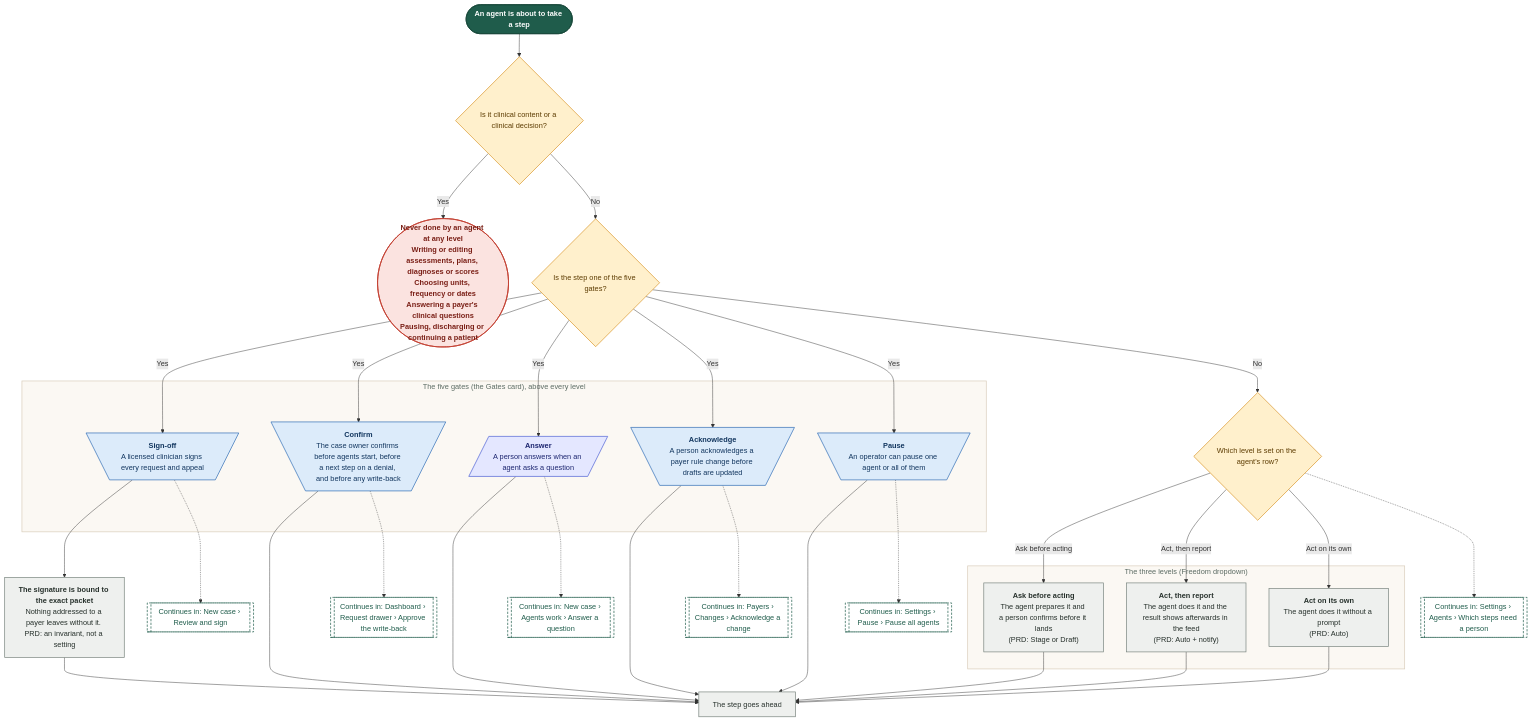
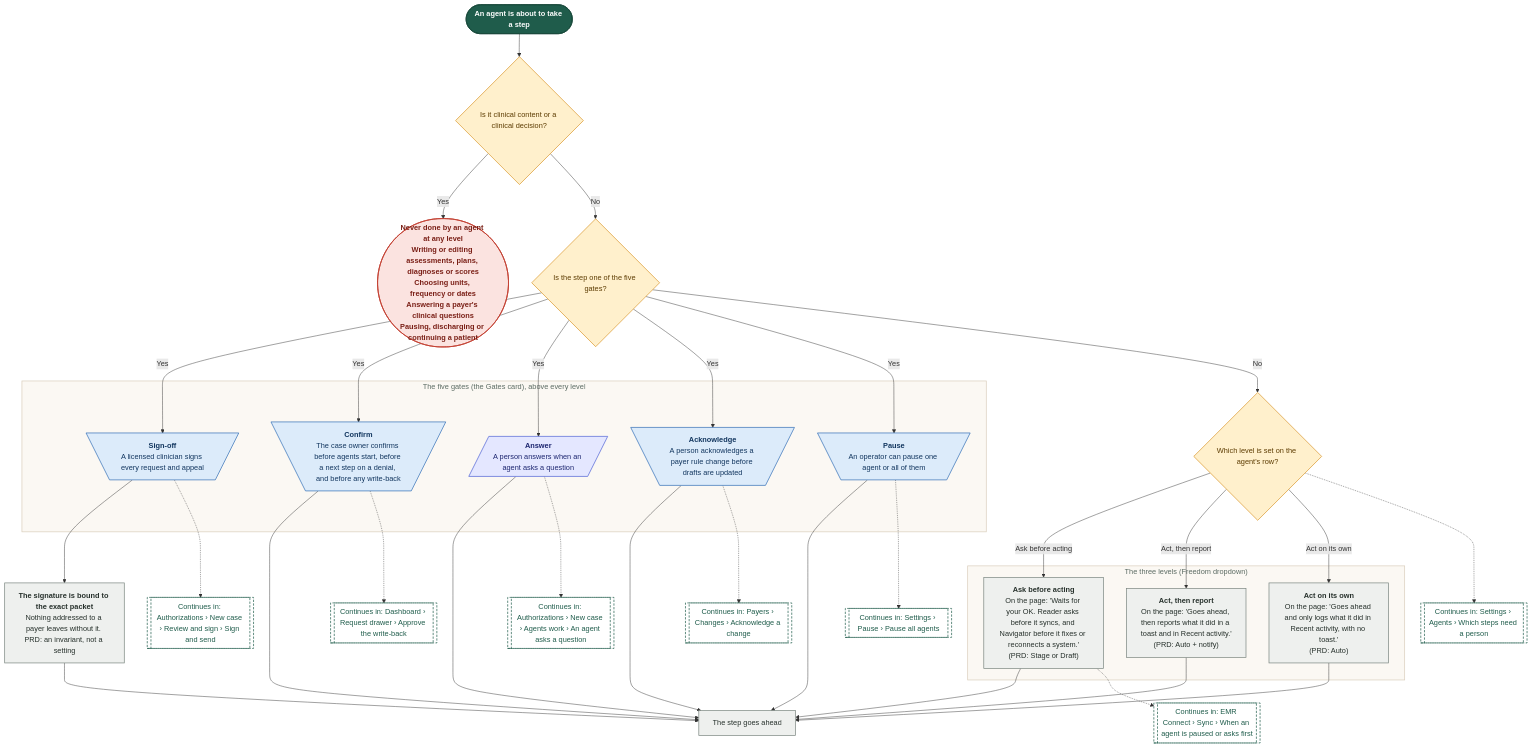
One commit to Shrav143/psyfloapp changed the third of 10 diagrams in demos/prior-auth-demo/workflows/out/md/11-settings.md. Above: the diagram before and after it, drawn with Mermaid. The commit also changed other lines of this file and 195 other files, not shown here.

First line of the commit message:
docs: Rebuild workflow diagrams after the demo fixes (220 diagrams)

````diff
--- a/demos/prior-auth-demo/workflows/out/md/11-settings.md
+++ b/demos/prior-auth-demo/workflows/out/md/11-settings.md
@@ -184,76 +189,78 @@
 ```mermaid
 %%{init: {"theme":"base","themeVariables":{"fontFamily":"'DM Sans', 'Segoe UI', system-ui, sans-serif","fontSize":"15px","lineColor":"#5B6B63","primaryTextColor":"#1C2B25","clusterBkg":"#FBF8F3","clusterBorder":"#D9CDBB","edgeLabelBackground":"#FFFFFF"},"flowchart":{"curve":"basis","nodeSpacing":36,"rankSpacing":48,"padding":12,"htmlLabels":true,"useMaxWidth":false,"wrappingWidth":230}} }%%
 flowchart TD
   classDef k_start fill:#1F5C4B,stroke:#174638,color:#FFFFFF,stroke-width:1.5px,font-weight:600
   classDef k_end fill:#DDEFE3,stroke:#2E7D4F,color:#14502F,stroke-width:1.5px,font-weight:600
   classDef k_endx fill:#FBE3E0,stroke:#C0392B,color:#7A1F16,stroke-width:1.5px,font-weight:600
   classDef k_screen fill:#FFFDF8,stroke:#1F5C4B,color:#1C2B25,stroke-width:2px
   classDef k_overlay fill:#F1F7F3,stroke:#1F5C4B,color:#1C2B25,stroke-width:2px,stroke-dasharray:5 3
   classDef k_click fill:#DCEBFA,stroke:#2F6DB5,color:#12365F,stroke-width:1.5px
   classDef k_input fill:#E4E7FF,stroke:#4C5FD5,color:#1D2670,stroke-width:1.5px
   classDef k_process fill:#EEF0EE,stroke:#7A857F,color:#26302B,stroke-width:1.5px
   classDef k_agent fill:#EEE5FA,stroke:#7A4FC2,color:#341A63,stroke-width:1.5px
   classDef k_decision fill:#FFF0CC,stroke:#D9962B,color:#5C3B00,stroke-width:1.5px
   classDef k_store fill:#D5F0EA,stroke:#1C8E7B,color:#0B4A3F,stroke-width:1.5px
   classDef k_doc fill:#F6E9DC,stroke:#B07A4C,color:#4A2E14,stroke-width:1.5px
   classDef k_ext fill:#FFE6D2,stroke:#E07B39,color:#6B2F06,stroke-width:1.5px
   classDef k_wait fill:#E4E8EE,stroke:#6B7C93,color:#26303D,stroke-width:1.5px
   classDef k_toast fill:#FFF9DB,stroke:#C9A400,color:#5A4A00,stroke-width:1.5px
   classDef k_goto fill:#FFFFFF,stroke:#1F5C4B,color:#1F5C4B,stroke-width:1.5px,stroke-dasharray:5 3
   s1@{ shape: stadium, label: "An agent is about to take a step" }
   q0@{ shape: diam, label: "Is it clinical content or a clinical decision?" }
   x1@{ shape: stadium, label: "<b>Never done by an agent at any level</b><br/>Writing or editing assessments, plans, diagnoses or scores<br/>Choosing units, frequency or dates<br/>Answering a payer's clinical questions<br/>Pausing, discharging or continuing a patient" }
   q1@{ shape: diam, label: "Is the step one of the five gates?" }
   q3@{ shape: diam, label: "Which level is set on the agent's row?" }
   subgraph gGate ["The five gates (the Gates card), above every level"]
   g1@{ shape: trap-t, label: "<b>Sign-off</b><br/>A licensed clinician signs every request and appeal" }
   g2@{ shape: trap-t, label: "<b>Confirm</b><br/>The case owner confirms before agents start, before a next step on a denial, and before any write-back" }
   g3@{ shape: lean-r, label: "<b>Answer</b><br/>A person answers when an agent asks a question" }
   g4@{ shape: trap-t, label: "<b>Acknowledge</b><br/>A person acknowledges a payer rule change before drafts are updated" }
   g5@{ shape: trap-t, label: "<b>Pause</b><br/>An operator can pause one agent or all of them" }
   end
   subgraph gLev ["The three levels (Freedom dropdown)"]
-  l1@{ shape: rect, label: "<b>Ask before acting</b><br/>The agent prepares it and a person confirms before it lands<br/>(PRD: Stage or Draft)" }
-  l2@{ shape: rect, label: "<b>Act, then report</b><br/>The agent does it and the result shows afterwards in the feed<br/>(PRD: Auto + notify)" }
-  l3@{ shape: rect, label: "<b>Act on its own</b><br/>The agent does it without a prompt<br/>(PRD: Auto)" }
+  l1@{ shape: rect, label: "<b>Ask before acting</b><br/>On the page: 'Waits for your OK. Reader asks before it syncs, and Navigator before it fixes or reconnects a system.'<br/>(PRD: Stage or Draft)" }
+  l2@{ shape: rect, label: "<b>Act, then report</b><br/>On the page: 'Goes ahead, then reports what it did in a toast and in Recent activity.'<br/>(PRD: Auto + notify)" }
+  l3@{ shape: rect, label: "<b>Act on its own</b><br/>On the page: 'Goes ahead and only logs what it did in Recent activity, with no toast.'<br/>(PRD: Auto)" }
   end
   p1@{ shape: rect, label: "<b>The signature is bound to the exact packet</b><br/>Nothing addressed to a payer leaves without it. PRD: an invariant, not a setting" }
   p2@{ shape: rect, label: "The step goes ahead" }
-  n1@{ shape: subproc, label: "Continues in: New case › Review and sign" }
+  n1@{ shape: subproc, label: "Continues in: Authorizations › New case › Review and sign › Sign and send" }
   n2@{ shape: subproc, label: "Continues in: Dashboard › Request drawer › Approve the write-back" }
-  n3@{ shape: subproc, label: "Continues in: New case › Agents work › Answer a question" }
+  n3@{ shape: subproc, label: "Continues in: Authorizations › New case › Agents work › An agent asks a question" }
   n4@{ shape: subproc, label: "Continues in: Payers › Changes › Acknowledge a change" }
   n5@{ shape: subproc, label: "Continues in: Settings › Pause › Pause all agents" }
   n6@{ shape: subproc, label: "Continues in: Settings › Agents › Which steps need a person" }
+  n7@{ shape: subproc, label: "Continues in: EMR Connect › Sync › When an agent is paused or asks first" }
   s1 --> q0
   q0 -->|"Yes"| x1
   q0 -->|"No"| q1
   q1 -->|"Yes"| g1 & g2 & g3 & g4 & g5
   q1 -->|"No"| q3
   q3 -->|"Ask before acting"| l1
   q3 -->|"Act, then report"| l2
   q3 -->|"Act on its own"| l3
   g1 --> p1 --> p2
   g2 --> p2
   g3 --> p2
   g4 --> p2
   g5 --> p2
   l1 --> p2
   l2 --> p2
   l3 --> p2
   g1 -.-> n1
   g2 -.-> n2
   g3 -.-> n3
   g4 -.-> n4
   g5 -.-> n5
   q3 -.-> n6
+  l1 -.-> n7
   class s1 k_start
   class q0,q1,q3 k_decision
   class x1 k_endx
   class g1,g2,g4,g5 k_click
   class g3 k_input
   class l1,l2,l3,p1,p2 k_process
-  class n1,n2,n3,n4,n5,n6 k_goto
+  class n1,n2,n3,n4,n5,n6,n7 k_goto
   style gGate fill:#FBF8F3,stroke:#D9CDBB,stroke-width:1.5px,color:#5B6B63
   style gLev fill:#FBF8F3,stroke:#D9CDBB,stroke-width:1.5px,color:#5B6B63
 ```
````
